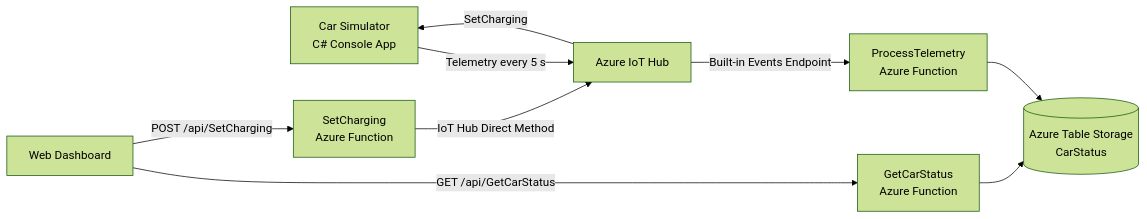
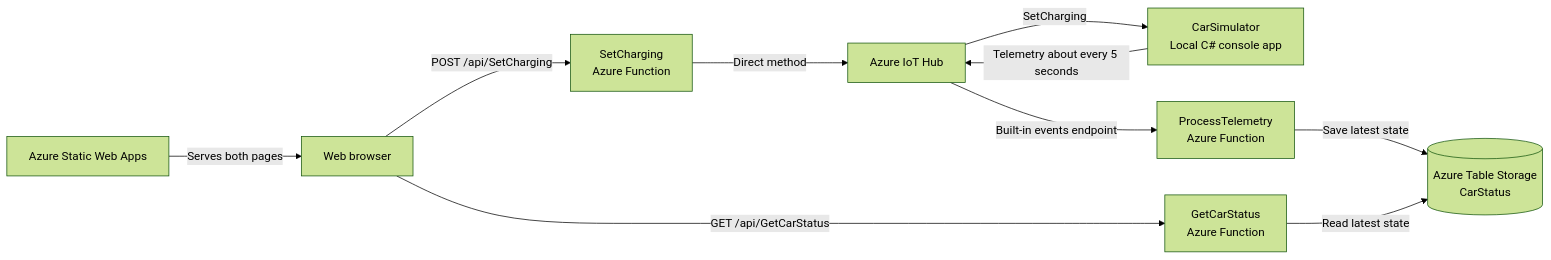
One commit to conradangwz/CarWebpageProject changed the diagram in README.md. Above: the diagram before and after it, drawn with Mermaid (forest theme). The commit also changed other lines of this file, not shown here.

````diff
--- a/README.md
+++ b/README.md
@@ -19,13 +29,14 @@
 ```mermaid
 flowchart LR
-    A[Car Simulator\nC# Console App] -->|Telemetry every 5 s| B[Azure IoT Hub]
-    B -->|Built-in Events Endpoint| C[ProcessTelemetry\nAzure Function]
-    C --> D[(Azure Table Storage\nCarStatus)]
+    Hosting["Azure Static Web Apps"] -->|Serves both pages| Browser["Web browser"]
+    Simulator["CarSimulator<br/>Local C# console app"] -->|Telemetry about every 5 seconds| Hub["Azure IoT Hub"]
+    Hub -->|Built-in events endpoint| Processor["ProcessTelemetry<br/>Azure Function"]
+    Processor -->|Save latest state| Storage[("Azure Table Storage<br/>CarStatus")]
 
-    E[Web Dashboard] -->|GET /api/GetCarStatus| F[GetCarStatus\nAzure Function]
-    F --> D
+    Browser -->|GET /api/GetCarStatus| Status["GetCarStatus<br/>Azure Function"]
+    Status -->|Read latest state| Storage
 
-    E -->|POST /api/SetCharging| G[SetCharging\nAzure Function]
-    G -->|IoT Hub Direct Method| B
-    B -->|SetCharging| A
+    Browser -->|POST /api/SetCharging| Control["SetCharging<br/>Azure Function"]
+    Control -->|Direct method| Hub
+    Hub -->|SetCharging| Simulator
 ```
````
